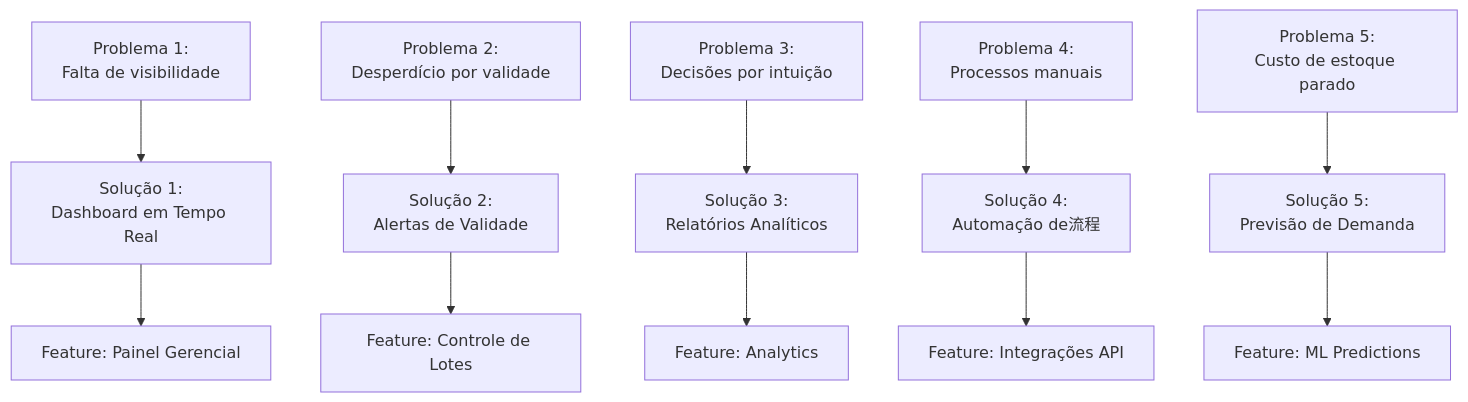
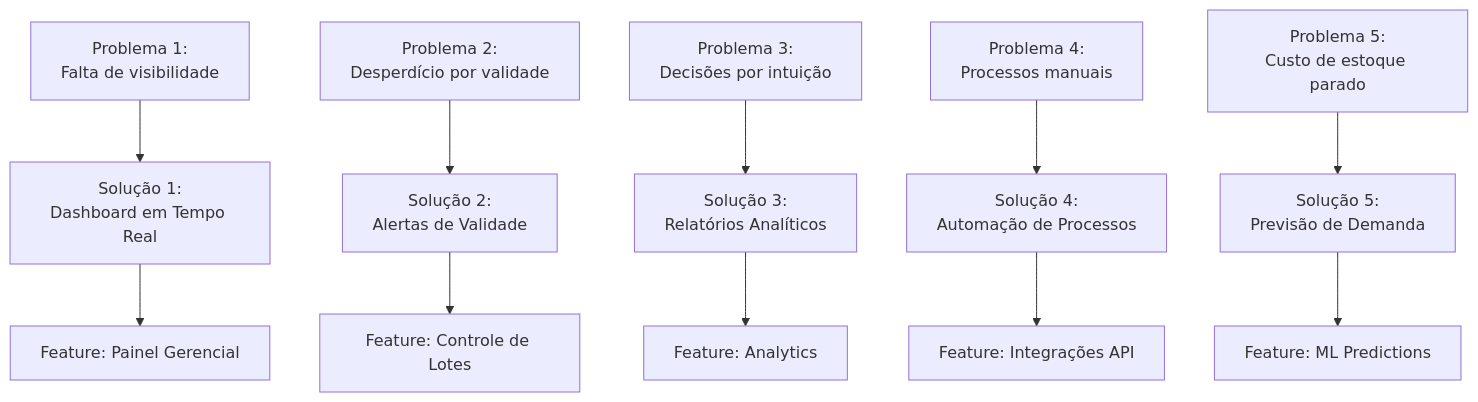
The fifth of 14 diagrams in documentation/docs/estrategia/pm-canvas.mdx (matheusmendes720/workconnect-tcc), drawn with Mermaid before and after one commit. The commit also changed other lines of this file and 16 other files, not shown here.

````diff
--- a/documentation/docs/estrategia/pm-canvas.mdx
+++ b/documentation/docs/estrategia/pm-canvas.mdx
@@ -99,14 +182,14 @@
 ```mermaid
 graph TD
     P1["Problema 1:<br/>Falta de visibilidade"] --> S1["Solução 1:<br/>Dashboard em Tempo Real"]
     P2["Problema 2:<br/>Desperdício por validade"] --> S2["Solução 2:<br/>Alertas de Validade"]
     P3["Problema 3:<br/>Decisões por intuição"] --> S3["Solução 3:<br/>Relatórios Analíticos"]
-    P4["Problema 4:<br/>Processos manuais"] --> S4["Solução 4:<br/>Automação de流程"]
+    P4["Problema 4:<br/>Processos manuais"] --> S4["Solução 4:<br/>Automação de Processos"]
     P5["Problema 5:<br/>Custo de estoque parado"] --> S5["Solução 5:<br/>Previsão de Demanda"]
     
     S1 --> F1["Feature: Painel Gerencial"]
     S2 --> F2["Feature: Controle de Lotes"]
     S3 --> F3["Feature: Analytics"]
     S4 --> F4["Feature: Integrações API"]
     S5 --> F5["Feature: ML Predictions"]
 ```
````
